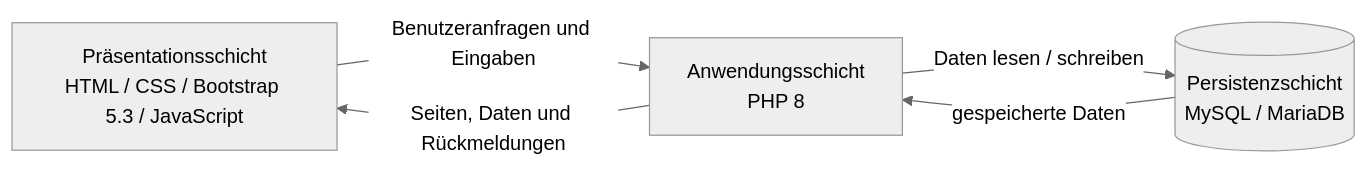
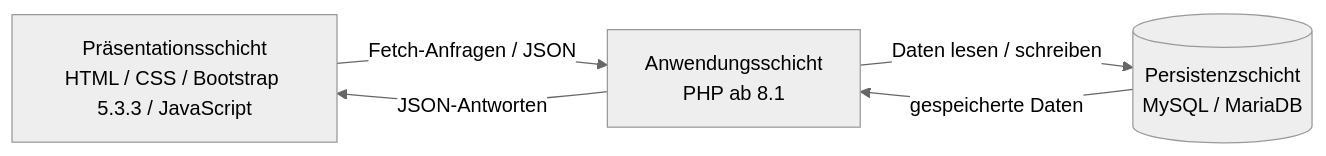
The first of 2 diagrams in docs/arch/A04-loesungsstrategie.md (Familienmann89/Pizza-Tracker-), drawn with Mermaid (neutral theme) before and after one commit. The commit also changed other lines of this file, not shown here.

````diff
--- a/docs/arch/A04-loesungsstrategie.md
+++ b/docs/arch/A04-loesungsstrategie.md
@@ -33,11 +33,11 @@
 ```mermaid
 flowchart LR
-    UI["Präsentationsschicht\nHTML / CSS / Bootstrap 5.3 / JavaScript"]
-    APP["Anwendungsschicht\nPHP 8"]
+    UI["Präsentationsschicht\nHTML / CSS / Bootstrap 5.3.3 / JavaScript"]
+    APP["Anwendungsschicht\nPHP ab 8.1"]
     DB[("Persistenzschicht\nMySQL / MariaDB")]
 
-    UI -->|"Benutzeranfragen und Eingaben"| APP
+    UI -->|"Fetch-Anfragen / JSON"| APP
     APP -->|"Daten lesen / schreiben"| DB
     DB -->|"gespeicherte Daten"| APP
-    APP -->|"Seiten, Daten und Rückmeldungen"| UI
+    APP -->|"JSON-Antworten"| UI
 ```
````
